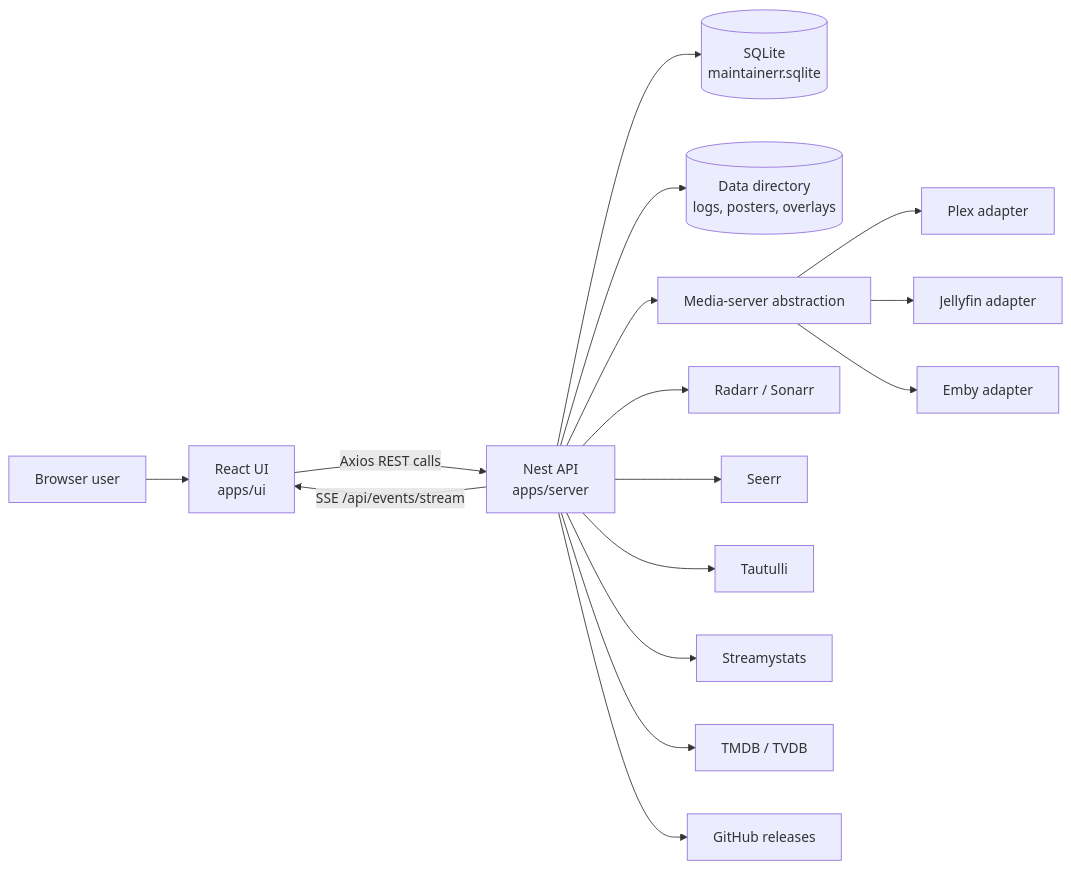
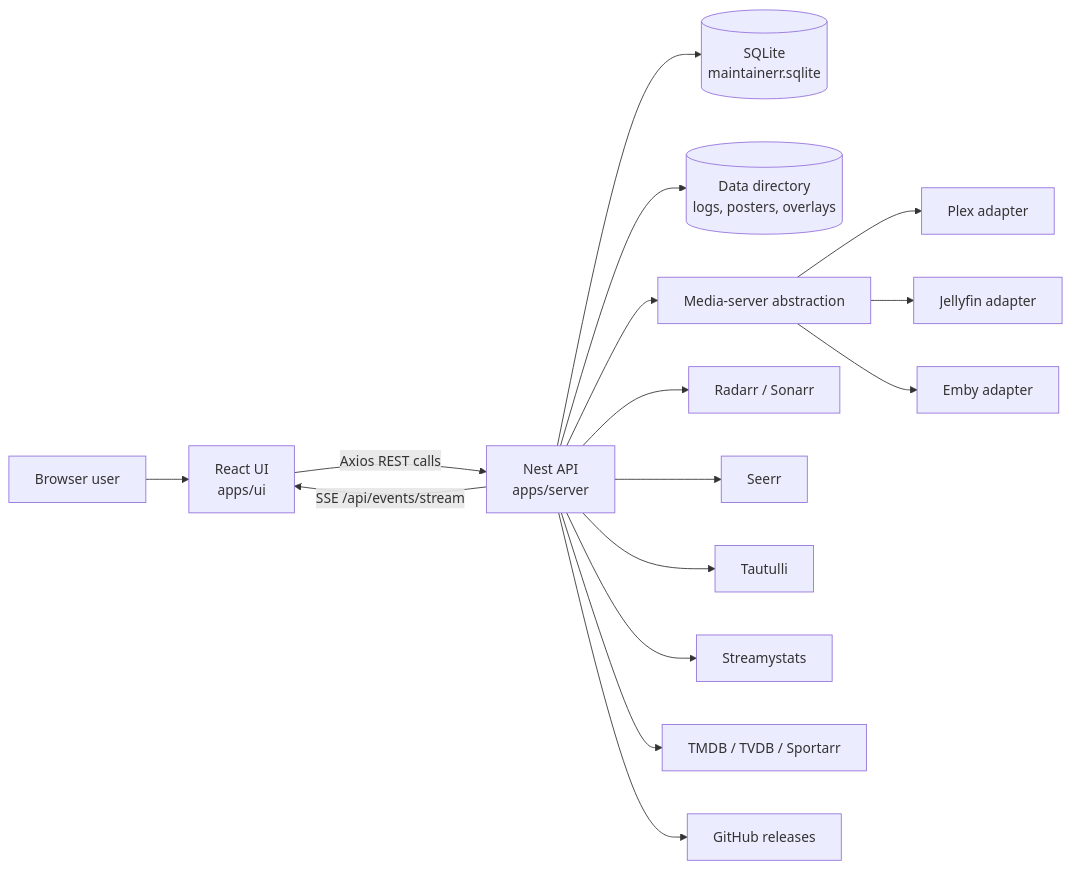
Before and after one commit to Maintainerr/Maintainerr: the diagram in ARCHITECTURE.md, drawn with Mermaid. The commit also changed 14 other files, not shown here.

First line of the commit message:
feat(metadata): add a Sportarr provider for league artwork and descriptions

````diff
--- a/ARCHITECTURE.md
+++ b/ARCHITECTURE.md
@@ -40,18 +40,18 @@
 ```mermaid
 flowchart LR
   User["Browser user"] --> UI["React UI<br/>apps/ui"]
   UI -->|"Axios REST calls"| API["Nest API<br/>apps/server"]
   API -->|"SSE /api/events/stream"| UI
   API --> DB[("SQLite<br/>maintainerr.sqlite")]
   API --> Data[("Data directory<br/>logs, posters, overlays")]
   API --> Media["Media-server abstraction"]
   Media --> Plex["Plex adapter"]
   Media --> Jellyfin["Jellyfin adapter"]
   Media --> Emby["Emby adapter"]
   API --> Servarr["Radarr / Sonarr"]
   API --> Seerr["Seerr"]
   API --> Tautulli["Tautulli"]
   API --> Streamystats["Streamystats"]
-  API --> Metadata["TMDB / TVDB"]
+  API --> Metadata["TMDB / TVDB / Sportarr"]
   API --> GitHub["GitHub releases"]
 ```
````
